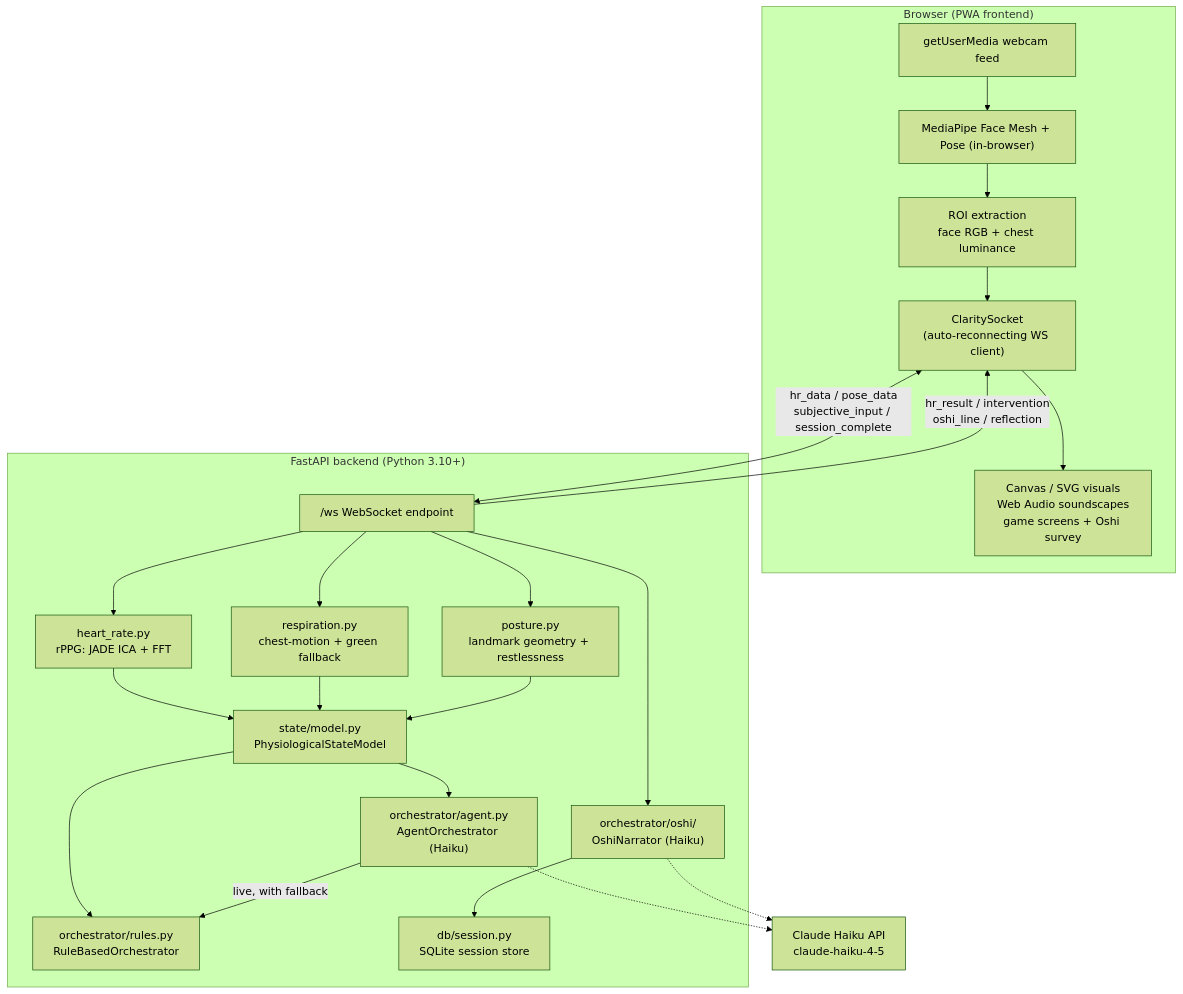
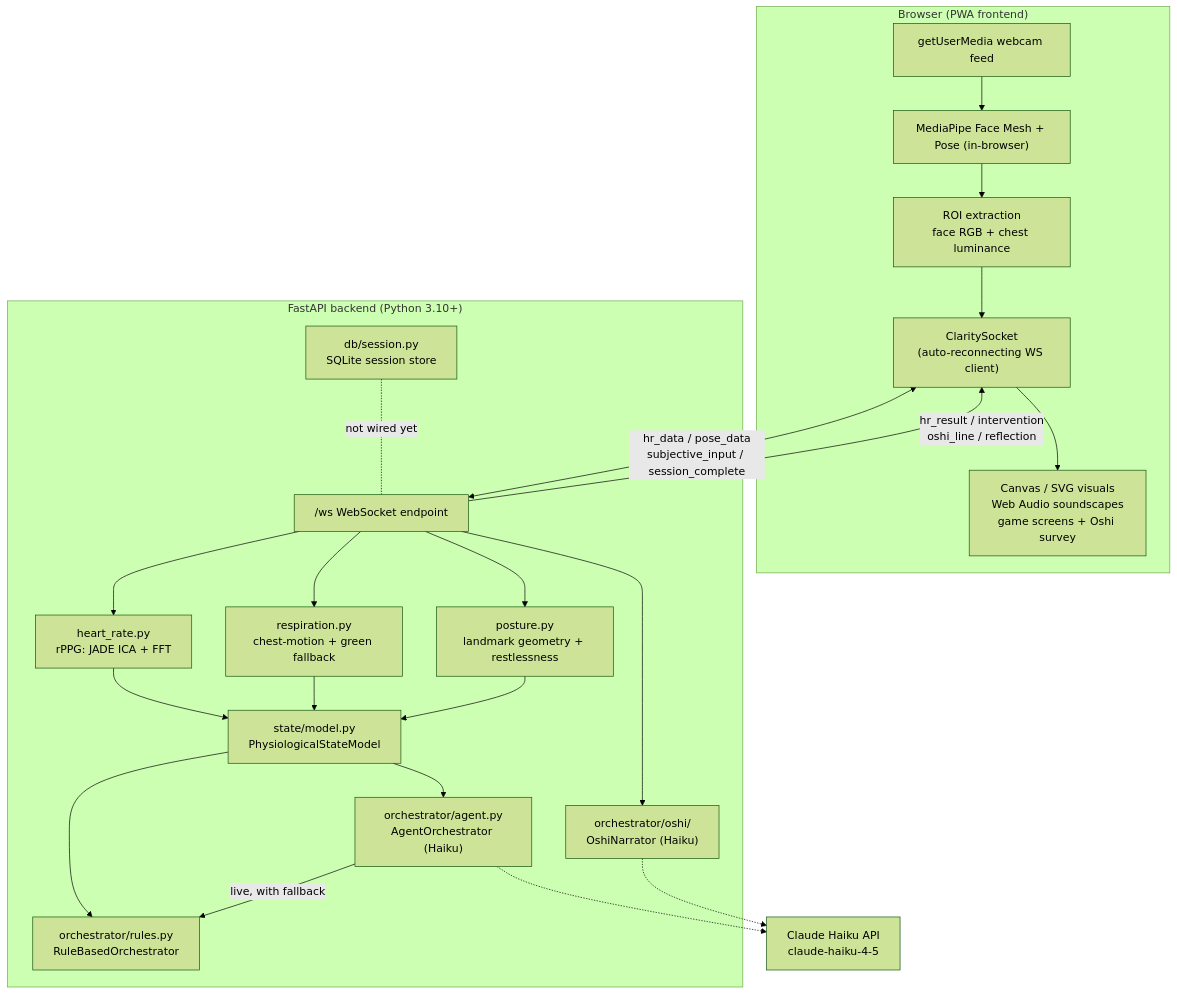
Before and after one commit to terseomkar/clarity-loop: the diagram in docs/PROJECT_OVERVIEW.md, drawn with Mermaid (forest theme). The commit also changed other lines of this file and 25 other files, not shown here.

````diff
--- a/docs/PROJECT_OVERVIEW.md
+++ b/docs/PROJECT_OVERVIEW.md
@@ -42,38 +47,38 @@
 ```mermaid
 flowchart TD
     subgraph Browser["Browser (PWA frontend)"]
         CAM["getUserMedia webcam feed"]
         MP["MediaPipe Face Mesh + Pose (in-browser)"]
         ROI["ROI extraction<br/>face RGB + chest luminance"]
         UI["Canvas / SVG visuals<br/>Web Audio soundscapes<br/>game screens + Oshi survey"]
         WS_C["ClaritySocket<br/>(auto-reconnecting WS client)"]
     end
 
     subgraph Backend["FastAPI backend (Python 3.10+)"]
         WS_S["/ws WebSocket endpoint"]
         HR["heart_rate.py<br/>rPPG: JADE ICA + FFT"]
         RR["respiration.py<br/>chest-motion + green fallback"]
         POSE["posture.py<br/>landmark geometry + restlessness"]
         STATE["state/model.py<br/>PhysiologicalStateModel"]
         RULES["orchestrator/rules.py<br/>RuleBasedOrchestrator"]
         AGENT["orchestrator/agent.py<br/>AgentOrchestrator (Haiku)"]
         OSHI["orchestrator/oshi/<br/>OshiNarrator (Haiku)"]
         DB["db/session.py<br/>SQLite session store"]
     end
 
     HAIKU["Claude Haiku API<br/>claude-haiku-4-5"]
 
     CAM --> MP --> ROI --> WS_C
     WS_C <-->|"hr_data / pose_data<br/>subjective_input / session_complete"| WS_S
     WS_S --> HR & RR & POSE
     HR & RR & POSE --> STATE
     STATE --> RULES
     STATE --> AGENT
     AGENT -->|"live, with fallback"| RULES
     AGENT -.-> HAIKU
     OSHI -.-> HAIKU
     WS_S --> OSHI
     WS_S -->|"hr_result / intervention<br/>oshi_line / reflection"| WS_C
     WS_C --> UI
-    OSHI --> DB
+    DB -. "not wired yet" .- WS_S
 ```
````
